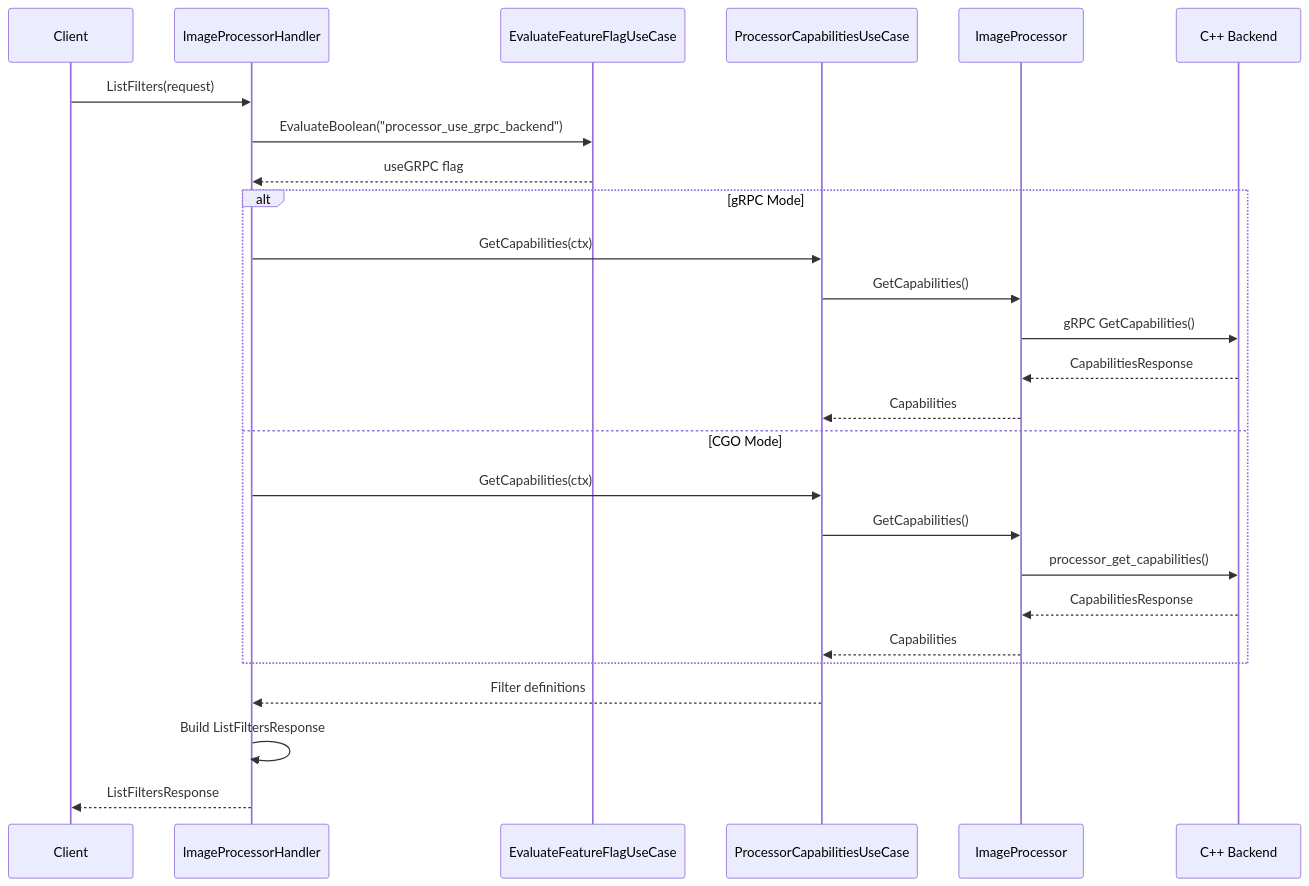
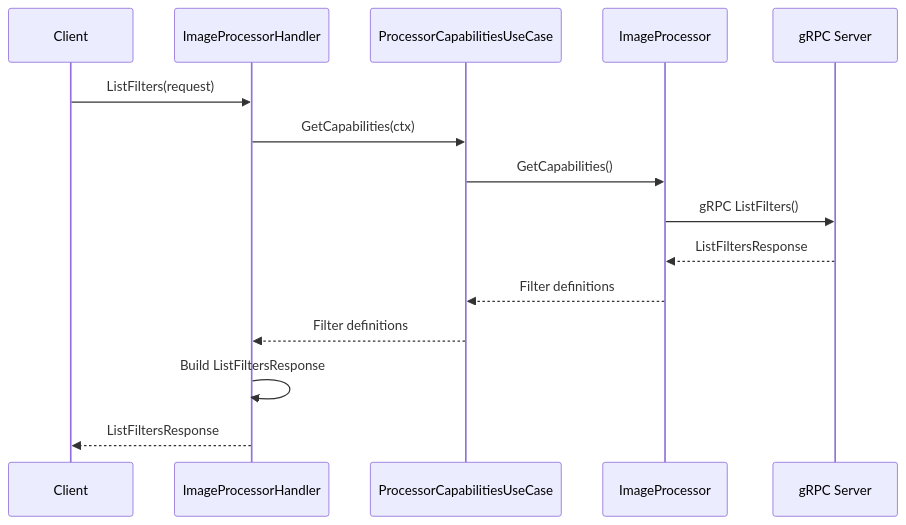
One commit to josnelihurt/learning-cuda changed the fourth of 11 diagrams in webserver/README.md. Above: the diagram before and after it, drawn with Mermaid. The commit also changed other lines of this file and 239 other files, not shown here.

First line of the commit message:
feat(webrtc): migrate to gRPC-only backend and add WebRTC signaling (#581) (#603)

````diff
--- a/webserver/README.md
+++ b/webserver/README.md
@@ -387,31 +334,18 @@
 ```mermaid
 sequenceDiagram
     participant Client as Client
     participant Handler as ImageProcessorHandler
-    participant FFUseCase as EvaluateFeatureFlagUseCase
     participant CapabilitiesUC as ProcessorCapabilitiesUseCase
     participant Processor as ImageProcessor
-    participant CppBackend as C++ Backend
+    participant GRPCServer as gRPC Server
     
     Client->>Handler: ListFilters(request)
-    Handler->>FFUseCase: EvaluateBoolean("processor_use_grpc_backend")
-    FFUseCase-->>Handler: useGRPC flag
-    
-    alt gRPC Mode
-        Handler->>CapabilitiesUC: GetCapabilities(ctx)
-        CapabilitiesUC->>Processor: GetCapabilities()
-        Processor->>CppBackend: gRPC GetCapabilities()
-        CppBackend-->>Processor: CapabilitiesResponse
-        Processor-->>CapabilitiesUC: Capabilities
-    else CGO Mode
-        Handler->>CapabilitiesUC: GetCapabilities(ctx)
-        CapabilitiesUC->>Processor: GetCapabilities()
-        Processor->>CppBackend: processor_get_capabilities()
-        CppBackend-->>Processor: CapabilitiesResponse
-        Processor-->>CapabilitiesUC: Capabilities
-    end
-    
+    Handler->>CapabilitiesUC: GetCapabilities(ctx)
+    CapabilitiesUC->>Processor: GetCapabilities()
+    Processor->>GRPCServer: gRPC ListFilters()
+    GRPCServer-->>Processor: ListFiltersResponse
+    Processor-->>CapabilitiesUC: Filter definitions
     CapabilitiesUC-->>Handler: Filter definitions
     Handler->>Handler: Build ListFiltersResponse
     Handler-->>Client: ListFiltersResponse
 ```
````
